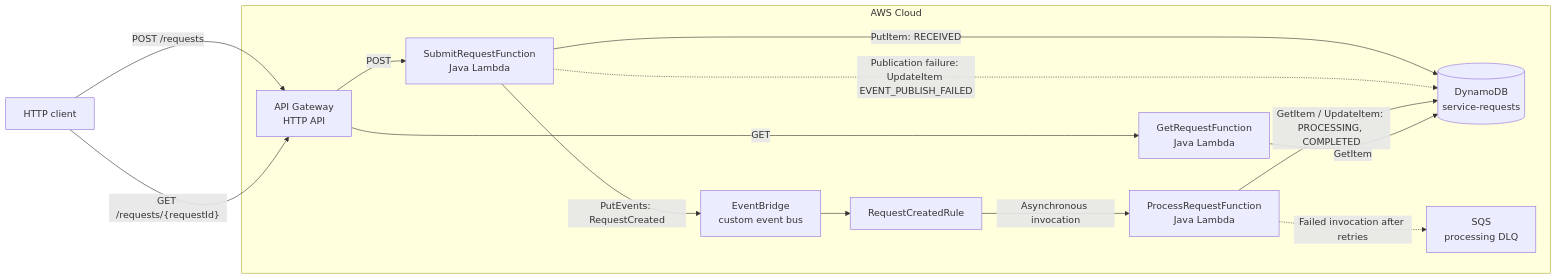
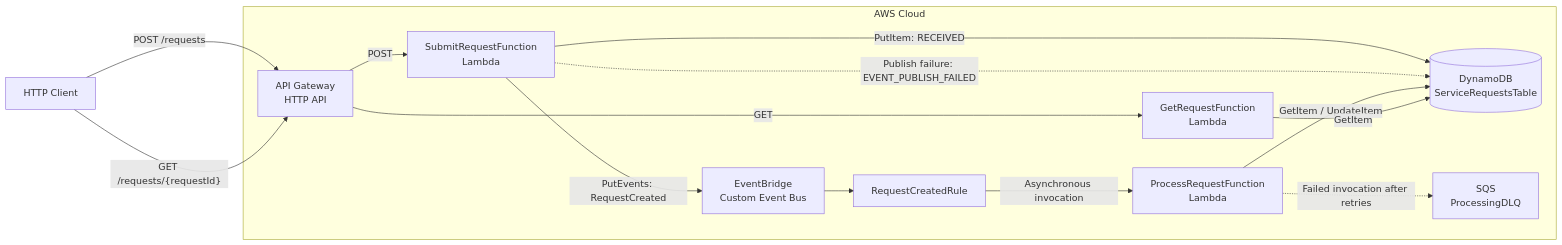
One commit to manuonsky/event-driven-request-processing-platform changed the diagram in README.md. Above: the diagram before and after it, drawn with Mermaid. The commit also changed other lines of this file, not shown here.

````diff
--- a/README.md
+++ b/README.md
@@ -110,28 +110,28 @@
 ```mermaid
 flowchart LR
-    Client["HTTP client"]
+    Client["HTTP Client"]
 
     subgraph AWS["AWS Cloud"]
         API["API Gateway<br/>HTTP API"]
-        Submit["SubmitRequestFunction<br/>Java Lambda"]
-        Query["GetRequestFunction<br/>Java Lambda"]
-        DB[("DynamoDB<br/>service-requests")]
-        Bus["EventBridge<br/>custom event bus"]
+        Submit["SubmitRequestFunction<br/>Lambda"]
+        Query["GetRequestFunction<br/>Lambda"]
+        DB[("DynamoDB<br/>ServiceRequestsTable")]
+        Bus["EventBridge<br/>Custom Event Bus"]
         Rule["RequestCreatedRule"]
-        Process["ProcessRequestFunction<br/>Java Lambda"]
-        DLQ["SQS<br/>processing DLQ"]
+        Process["ProcessRequestFunction<br/>Lambda"]
+        DLQ["SQS<br/>ProcessingDLQ"]
     end
 
     Client -->|"POST /requests"| API
     Client -->|"GET /requests/{requestId}"| API
     API -->|"POST"| Submit
     API -->|"GET"| Query
     Submit -->|"PutItem: RECEIVED"| DB
     Submit -->|"PutEvents: RequestCreated"| Bus
-    Submit -.->|"Publication failure: UpdateItem EVENT_PUBLISH_FAILED"| DB
+    Submit -.->|"Publish failure: EVENT_PUBLISH_FAILED"| DB
     Bus --> Rule
     Rule -->|"Asynchronous invocation"| Process
-    Process -->|"GetItem / UpdateItem: PROCESSING, COMPLETED"| DB
+    Process -->|"GetItem / UpdateItem"| DB
     Process -.->|"Failed invocation after retries"| DLQ
     Query -->|"GetItem"| DB
 ```
````
